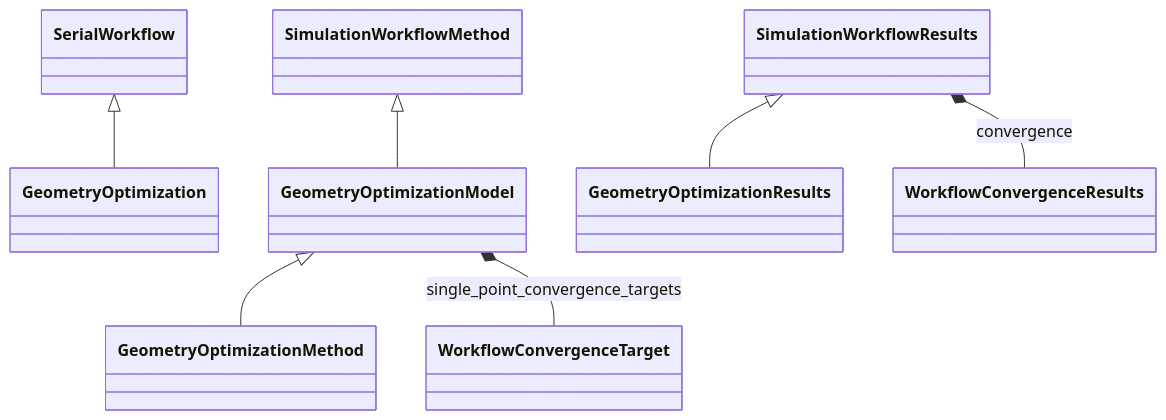
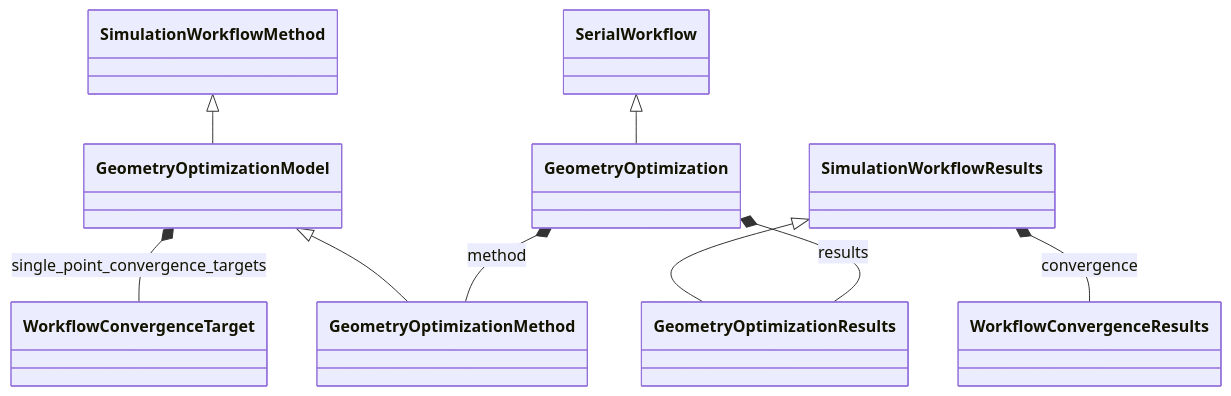
Before and after one commit to FAIRmat-NFDI/nomad-simulations: the diagram in docs/schema/workflow_geometry_optimization.md, drawn with Mermaid. The commit also changed 21 other files, not shown here.

````diff
--- a/docs/schema/workflow_geometry_optimization.md
+++ b/docs/schema/workflow_geometry_optimization.md
@@ -17,18 +17,20 @@
 ```mermaid
 classDiagram
     class GeometryOptimization
     class GeometryOptimizationMethod
     class GeometryOptimizationModel
     class GeometryOptimizationResults
     class SerialWorkflow
     class SimulationWorkflowMethod
     class SimulationWorkflowResults
     class WorkflowConvergenceResults
     class WorkflowConvergenceTarget
     SerialWorkflow <|-- GeometryOptimization
     GeometryOptimizationModel <|-- GeometryOptimizationMethod
     SimulationWorkflowMethod <|-- GeometryOptimizationModel
     SimulationWorkflowResults <|-- GeometryOptimizationResults
+    GeometryOptimization *-- GeometryOptimizationMethod : method
+    GeometryOptimization *-- GeometryOptimizationResults : results
     GeometryOptimizationModel *-- WorkflowConvergenceTarget : single_point_convergence_targets
     SimulationWorkflowResults *-- WorkflowConvergenceResults : convergence
 ```
````
